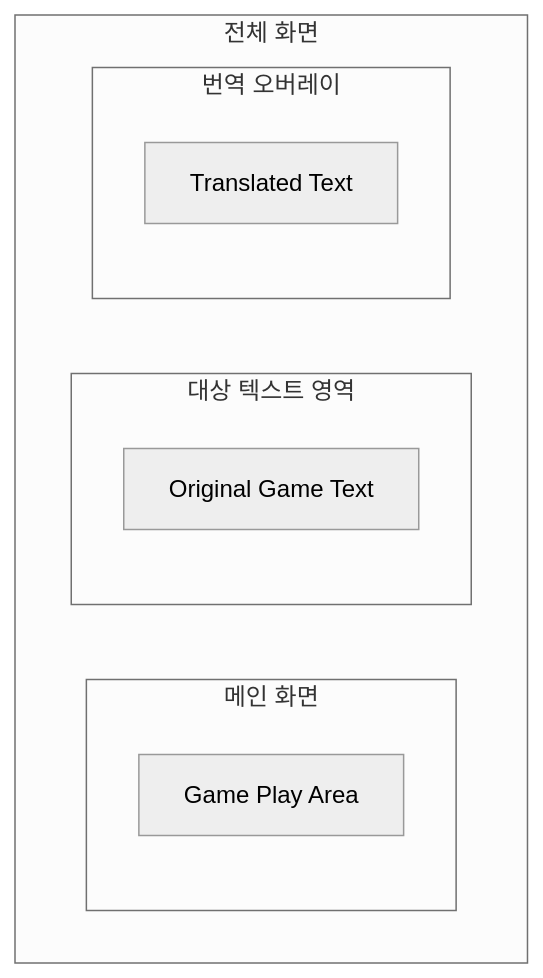
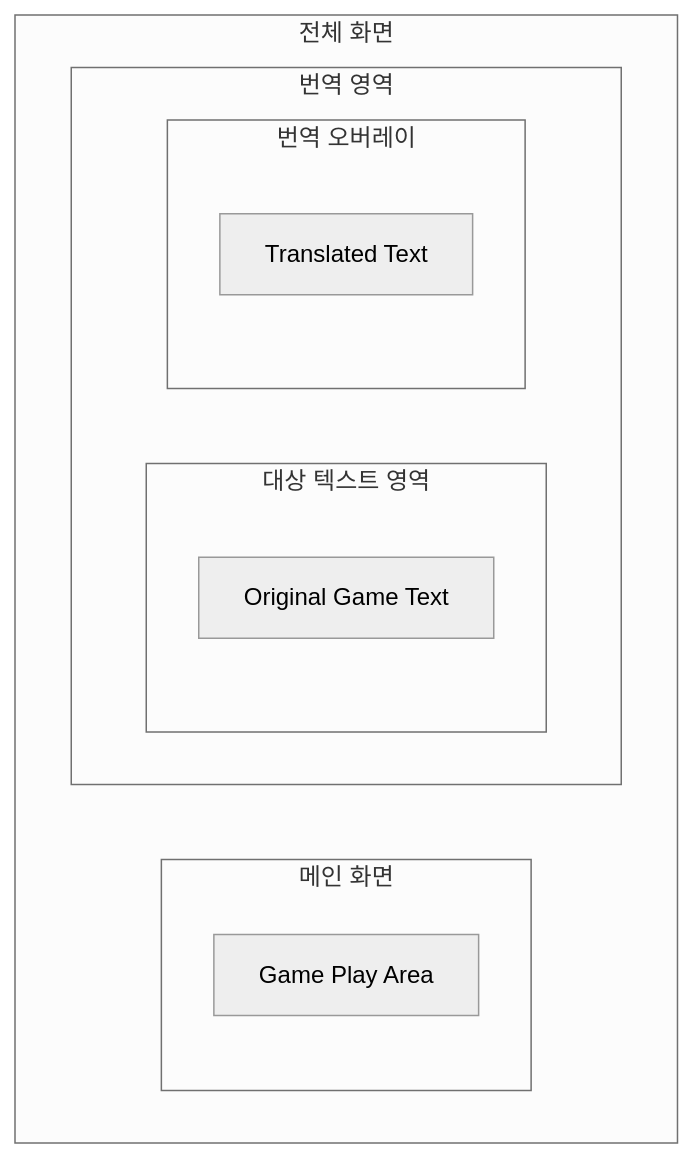
The second of 2 diagrams in Analysis.md (Pcs0204/ScreenTranslator), drawn with Mermaid (neutral theme) before and after one commit. The commit also changed other lines of this file, not shown here.

````diff
--- a/Analysis.md
+++ b/Analysis.md
@@ -123,21 +120,24 @@
 ```mermaid
 flowchart TB
 
     subgraph Window["전체 화면"]
 
         subgraph Game["메인 화면"]
             G1["Game Play Area"]
         end
 
-        direction LR
+        subgraph Translator["번역 영역"]
 
-        subgraph BottomText["대상 텍스트 영역"]
-            T1["Original Game Text"]
-        end
+            subgraph BottomText["대상 텍스트 영역"]
+                T1["Original Game Text"]
+            end
 
-        subgraph Overlay["번역 오버레이"]
-            O1["Translated Text"]
+            subgraph Overlay["번역 오버레이"]
+                O1["Translated Text"]
+            end
+
+            direction LR
         end
 
     end
 ```
````
